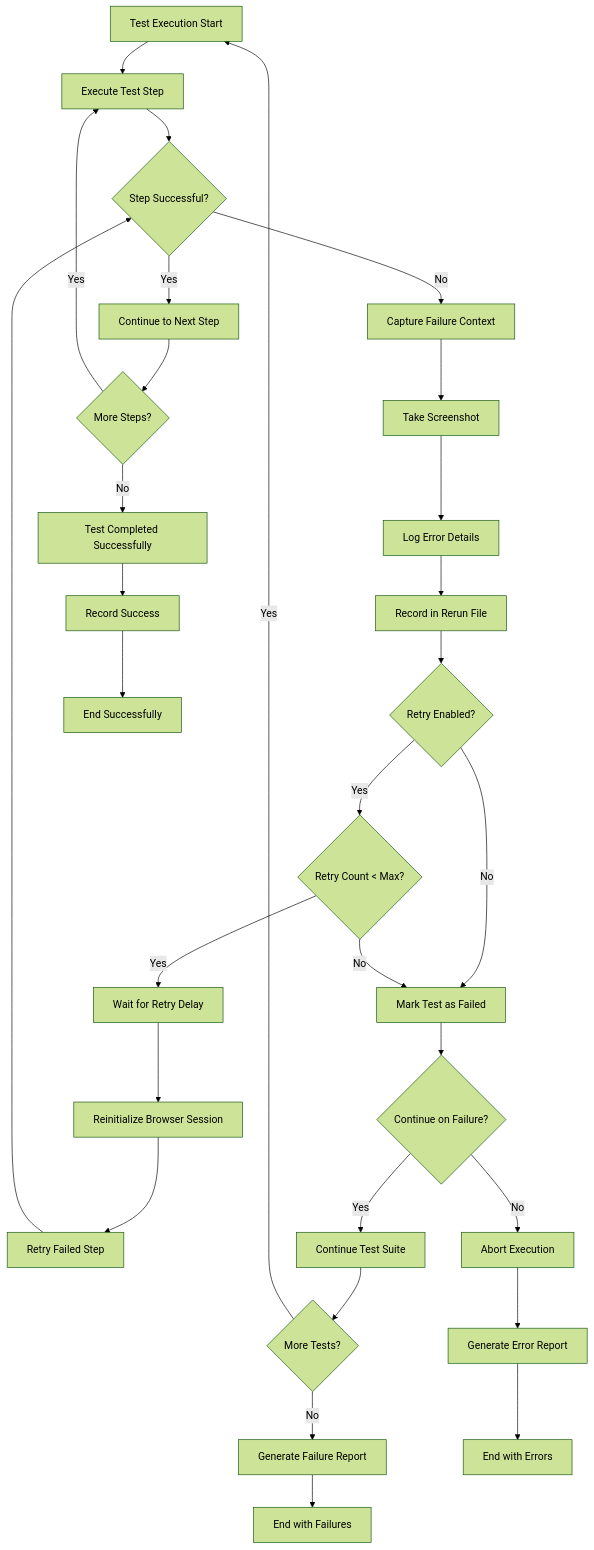
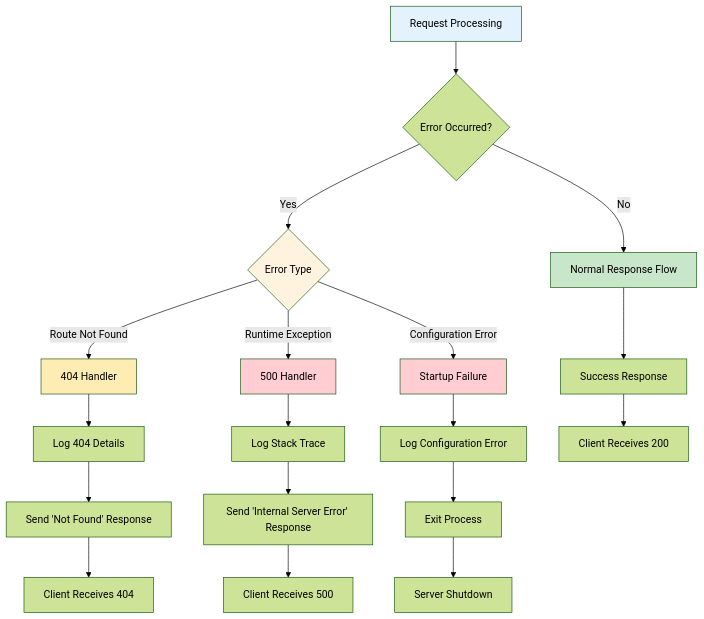
One commit to lakshya-blitzy/branch_August_lakshya_ changed the seventh of 47 diagrams in blitzy/documentation/Technical Specifications.md. Above: the diagram before and after it, drawn with Mermaid (forest theme). The commit also changed other lines of this file, not shown here.

````diff
--- a/blitzy/documentation/Technical Specifications.md
+++ b/blitzy/documentation/Technical Specifications.md
@@ -1547,41 +1560,32 @@
 ```mermaid
 flowchart TD
-    A[Test Execution Start] --> B[Execute Test Step]
-    B --> C{Step Successful?}
+    A[Request Processing] --> B{Error Occurred?}
+    B -->|No| C[Normal Response Flow]
+    B -->|Yes| D{Error Type}
     
-    C -->|Yes| D[Continue to Next Step]
-    C -->|No| E[Capture Failure Context]
+    D -->|Route Not Found| E[404 Handler]
+    D -->|Runtime Exception| F[500 Handler]
+    D -->|Configuration Error| G[Startup Failure]
     
-    E --> F[Take Screenshot]
-    F --> G[Log Error Details]
-    G --> H[Record in Rerun File]
+    E --> H[Log 404 Details]
+    F --> I[Log Stack Trace]
+    G --> J[Log Configuration Error]
     
-    H --> I{Retry Enabled?}
-    I -->|Yes| J{Retry Count < Max?}
-    I -->|No| K[Mark Test as Failed]
+    H --> K["Send 'Not Found' Response"]
+    I --> L["Send 'Internal Server Error' Response"]
+    J --> M[Exit Process]
     
-    J -->|Yes| L[Wait for Retry Delay]
-    J -->|No| K
+    K --> N[Client Receives 404]
+    L --> O[Client Receives 500]
+    M --> P[Server Shutdown]
     
-    L --> M[Reinitialize Browser Session]
-    M --> N[Retry Failed Step]
-    N --> C
+    C --> Q[Success Response]
+    Q --> R[Client Receives 200]
     
-    K --> O{Continue on Failure?}
-    O -->|Yes| P[Continue Test Suite]
-    O -->|No| Q[Abort Execution]
-    
-    D --> R{More Steps?}
-    R -->|Yes| B
-    R -->|No| S[Test Completed Successfully]
-    
-    P --> T{More Tests?}
-    T -->|Yes| A
-    T -->|No| U[Generate Failure Report]
-    
-    S --> V[Record Success]
-    Q --> W[Generate Error Report]
-    U --> X[End with Failures]
-    V --> Y[End Successfully]
-    W --> Z[End with Errors]
+    style A fill:#e3f2fd
+    style C fill:#c8e6c9
+    style D fill:#fff3e0
+    style E fill:#ffecb3
+    style F fill:#ffcdd2
+    style G fill:#ffcdd2
 ```
````
